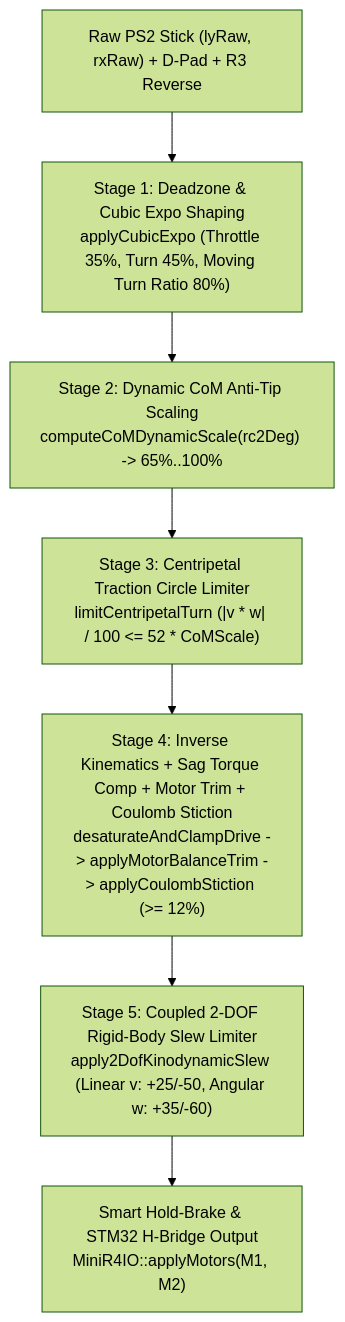
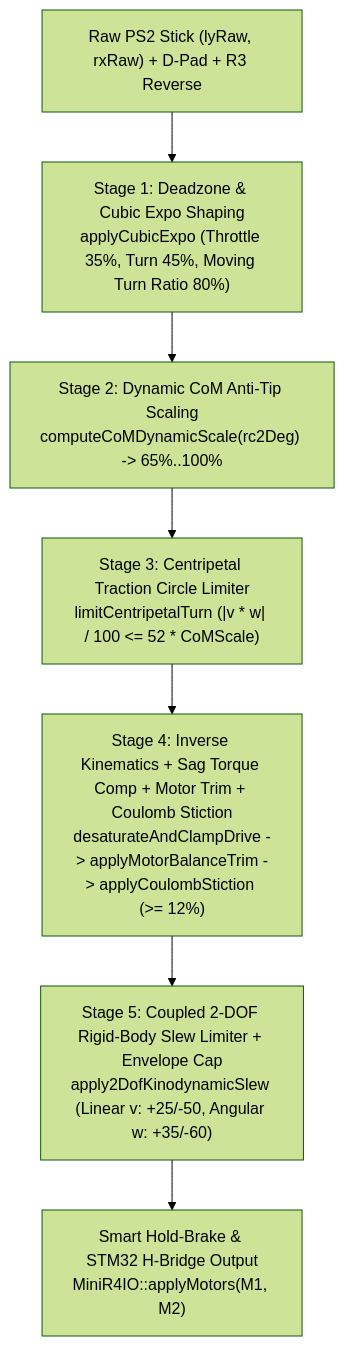
Before and after one commit to hunhups-hub/matrix_R4: the diagram in README.md, drawn with Mermaid (forest theme). The commit also changed other lines of this file and 18 other files, not shown here.

````diff
--- a/README.md
+++ b/README.md
@@ -1033,9 +1058,9 @@
 ```mermaid
 flowchart TD
     A["Raw PS2 Stick (lyRaw, rxRaw) + D-Pad + R3 Reverse"] --> B["Stage 1: Deadzone & Cubic Expo Shaping\napplyCubicExpo (Throttle 35%, Turn 45%, Moving Turn Ratio 80%)"]
     B --> C["Stage 2: Dynamic CoM Anti-Tip Scaling\ncomputeCoMDynamicScale(rc2Deg) -> 65%..100%"]
     C --> D["Stage 3: Centripetal Traction Circle Limiter\nlimitCentripetalTurn (|v * w| / 100 <= 52 * CoMScale)"]
     D --> E["Stage 4: Inverse Kinematics + Sag Torque Comp + Motor Trim + Coulomb Stiction\ndesaturateAndClampDrive -> applyMotorBalanceTrim -> applyCoulombStiction (>= 12%)"]
-    E --> F["Stage 5: Coupled 2-DOF Rigid-Body Slew Limiter\napply2DofKinodynamicSlew (Linear v: +25/-50, Angular w: +35/-60)"]
+    E --> F["Stage 5: Coupled 2-DOF Rigid-Body Slew Limiter + Envelope Cap\napply2DofKinodynamicSlew (Linear v: +25/-50, Angular w: +35/-60)"]
     F --> G["Smart Hold-Brake & STM32 H-Bridge Output\nMiniR4IO::applyMotors(M1, M2)"]
 ```
````
